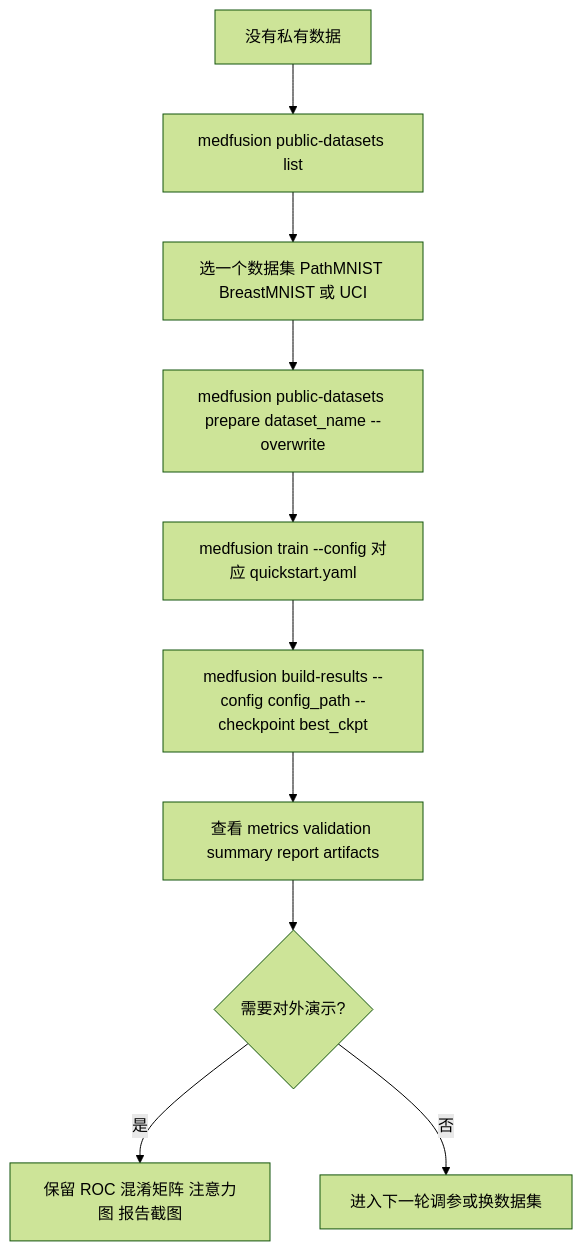
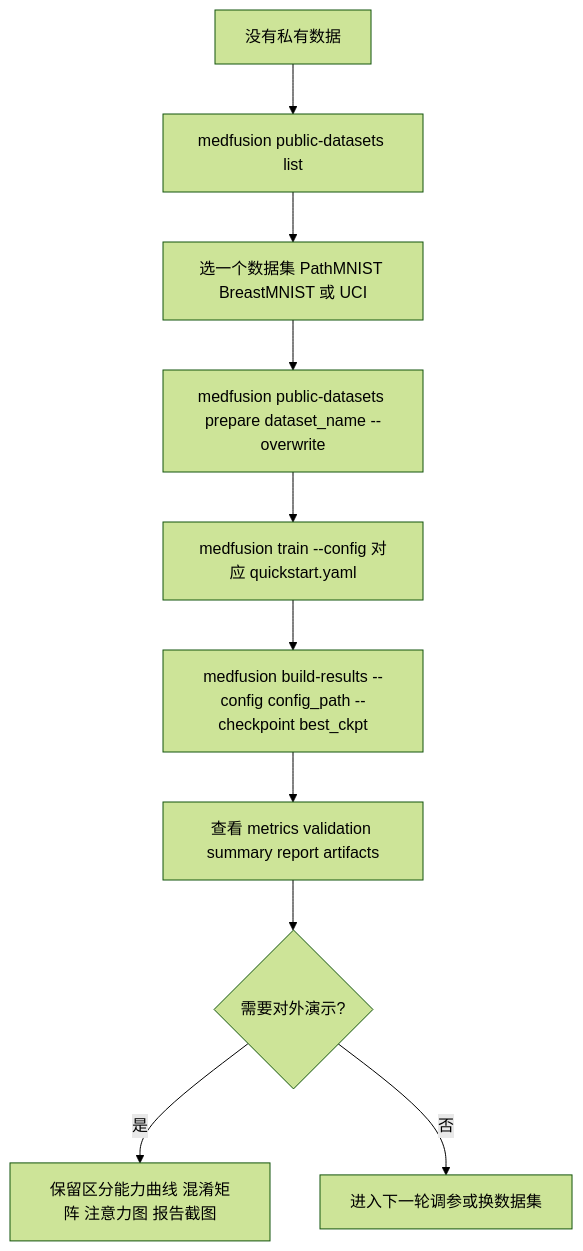
One commit to iridyne/medfusion changed the diagram in docs/contents/getting-started/public-datasets.md. Above: the diagram before and after it, drawn with Mermaid (forest theme). The commit also changed other lines of this file and 3 other files, not shown here.

````diff
--- a/docs/contents/getting-started/public-datasets.md
+++ b/docs/contents/getting-started/public-datasets.md
@@ -51,12 +51,12 @@
 ```mermaid
 flowchart TB
   A[没有私有数据] --> B[medfusion public-datasets list]
   B --> C[选一个数据集 PathMNIST BreastMNIST 或 UCI]
   C --> D[medfusion public-datasets prepare dataset_name --overwrite]
   D --> E[medfusion train --config 对应 quickstart.yaml]
   E --> F[medfusion build-results --config config_path --checkpoint best_ckpt]
   F --> G[查看 metrics validation summary report artifacts]
   G --> H{需要对外演示?}
-  H -->|是| I[保留 ROC 混淆矩阵 注意力图 报告截图]
+  H -->|是| I[保留区分能力曲线 混淆矩阵 注意力图 报告截图]
   H -->|否| J[进入下一轮调参或换数据集]
 ```
````
